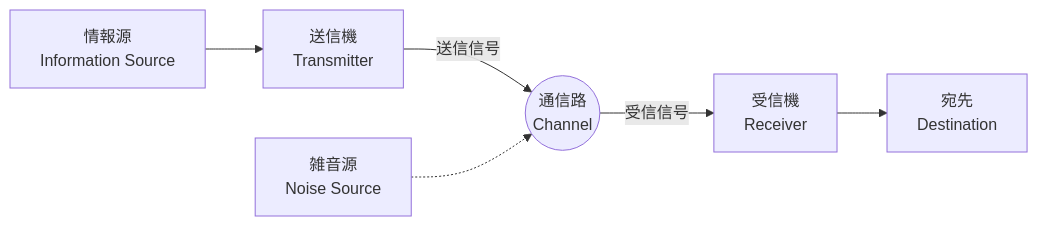
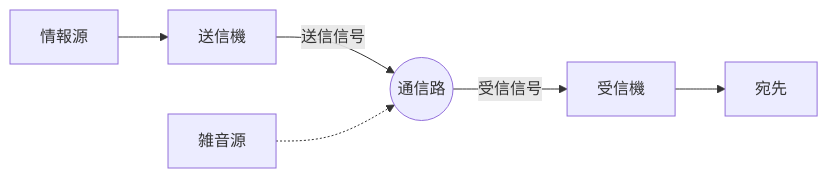
Before and after one commit to kenjinote/blog: the diagram in content/post/information-theory-shannon-entropy/index.md, drawn with Mermaid. The commit also changed other lines of this file and 16 other files, not shown here.

````diff
--- a/content/post/information-theory-shannon-entropy/index.md
+++ b/content/post/information-theory-shannon-entropy/index.md
@@ -29,8 +30,8 @@
 ```mermaid
 graph LR
-    A["情報源<br>Information Source"] --> B["送信機<br>Transmitter"]
-    B -->|送信信号| C(("通信路<br>Channel"))
-    C -->|受信信号| D["受信機<br>Receiver"]
-    D --> E["宛先<br>Destination"]
-    N["雑音源<br>Noise Source"] -.-> C
+    A["情報源"] --> B["送信機"]
+    B -->|"送信信号"| C(("通信路"))
+    C -->|"受信信号"| D["受信機"]
+    D --> E["宛先"]
+    N["雑音源"] -.-> C
 ```
````
